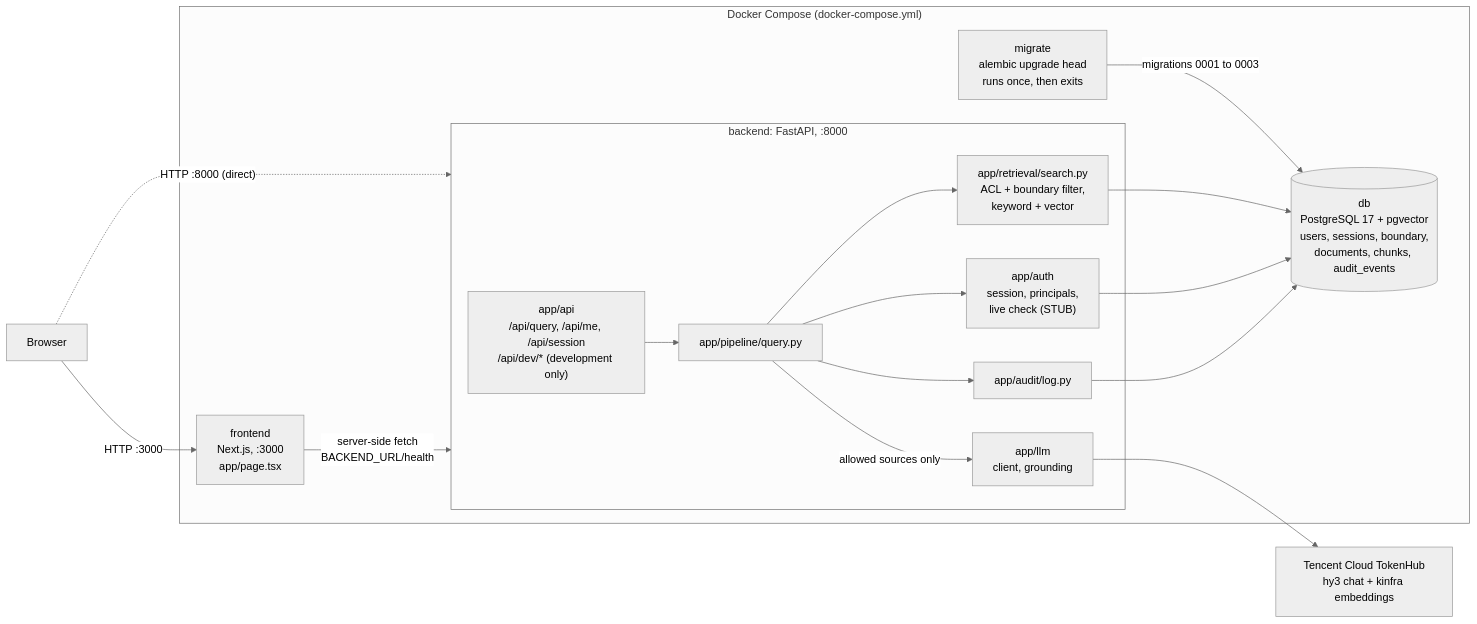
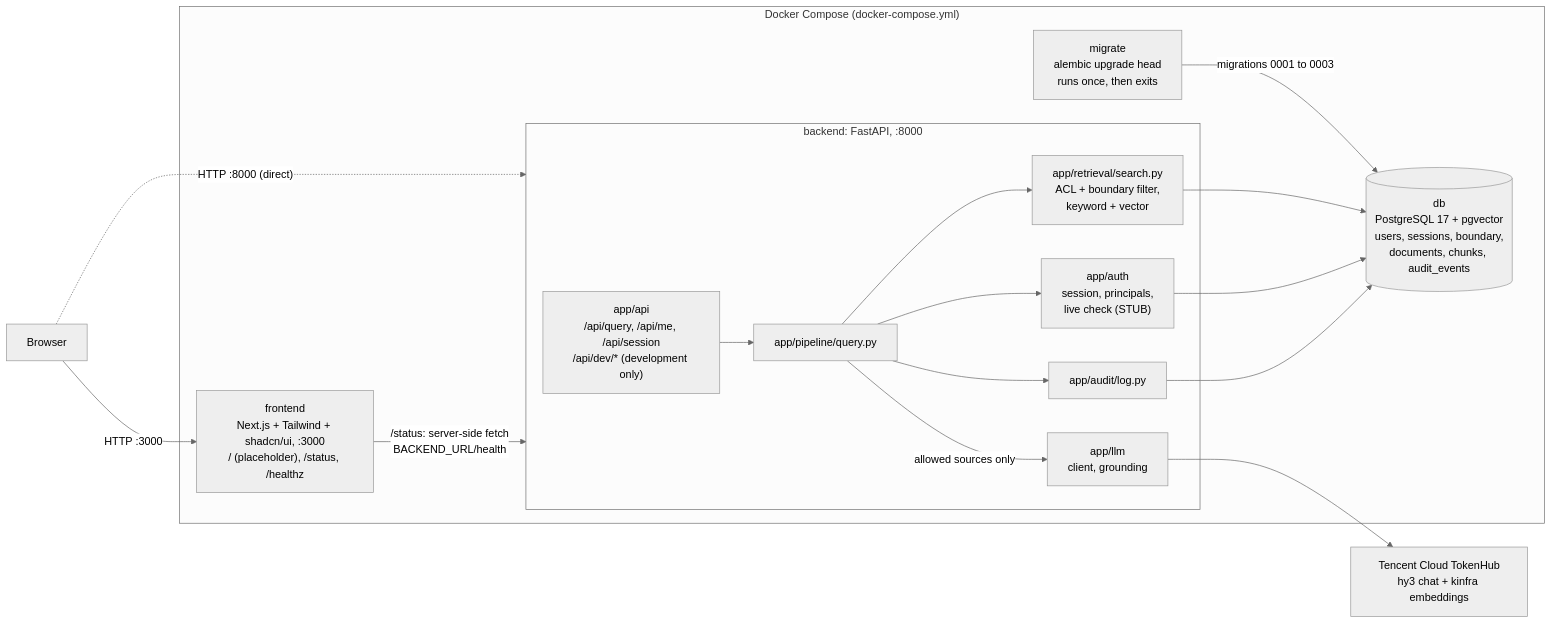
Before and after one commit to gabriel-wan/tencent-hackathon-fintech: the diagram in docs/architecture/CURRENT.md, drawn with Mermaid (neutral theme). The commit also changed 1 other file, not shown here.

Commit message:
docs(frontend): document the styling setup

````diff
--- a/docs/architecture/CURRENT.md
+++ b/docs/architecture/CURRENT.md
@@ -8,33 +8,33 @@
 ```mermaid
 flowchart LR
     USER["Browser"]
     TH["Tencent Cloud TokenHub<br/>hy3 chat + kinfra embeddings"]
 
     subgraph COMPOSE["Docker Compose (docker-compose.yml)"]
-        FE["frontend<br/>Next.js, :3000<br/>app/page.tsx"]
+        FE["frontend<br/>Next.js + Tailwind + shadcn/ui, :3000<br/>/ (placeholder), /status, /healthz"]
         subgraph BE["backend: FastAPI, :8000"]
             API["app/api<br/>/api/query, /api/me, /api/session<br/>/api/dev/* (development only)"]
             PIPE["app/pipeline/query.py"]
             AUTH["app/auth<br/>session, principals,<br/>live check (STUB)"]
             SEARCH["app/retrieval/search.py<br/>ACL + boundary filter,<br/>keyword + vector"]
             LLMC["app/llm<br/>client, grounding"]
             AUD["app/audit/log.py"]
         end
         MIG["migrate<br/>alembic upgrade head<br/>runs once, then exits"]
         DB[("db<br/>PostgreSQL 17 + pgvector<br/>users, sessions, boundary,<br/>documents, chunks, audit_events")]
     end
 
     MIG -->|"migrations 0001 to 0003"| DB
     USER -->|"HTTP :3000"| FE
     USER -.->|"HTTP :8000 (direct)"| BE
-    FE -->|"server-side fetch<br/>BACKEND_URL/health"| BE
+    FE -->|"/status: server-side fetch<br/>BACKEND_URL/health"| BE
     API --> PIPE
     PIPE --> AUTH
     PIPE --> SEARCH
     PIPE -->|"allowed sources only"| LLMC
     PIPE --> AUD
     SEARCH --> DB
     AUTH --> DB
     AUD --> DB
     LLMC --> TH
 ```
````
